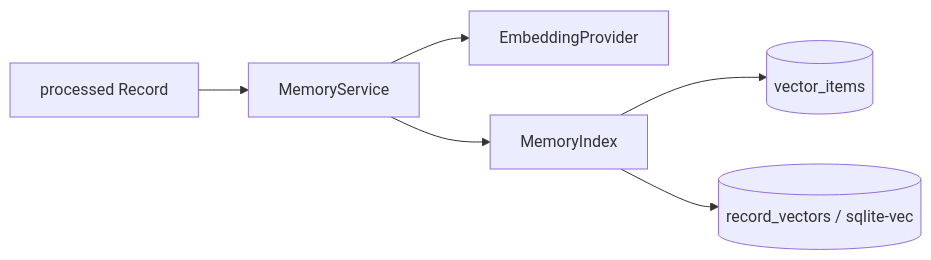
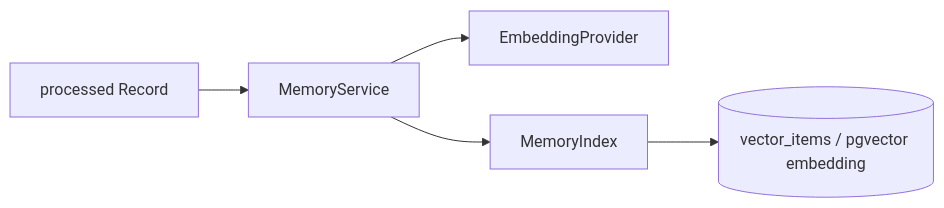
Before and after one commit to huiru-wang/fanto: the diagram in docs/domain/memory.md, drawn with Mermaid. The commit also changed other lines of this file and 42 other files, not shown here.

````diff
--- a/docs/domain/memory.md
+++ b/docs/domain/memory.md
@@ -55,8 +55,7 @@
 ```mermaid
 flowchart LR
   R[processed Record] --> M[MemoryService]
   M --> E[EmbeddingProvider]
   M --> P[MemoryIndex]
-  P --> VI[(vector_items)]
-  P --> RV[(record_vectors / sqlite-vec)]
+  P --> VI[(vector_items / pgvector embedding)]
 ```
````
